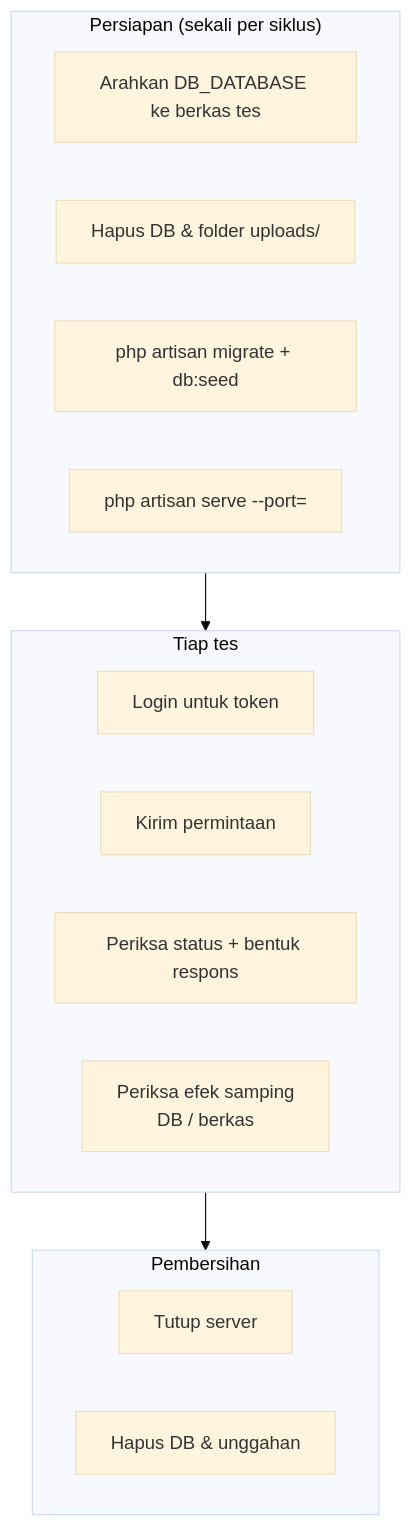
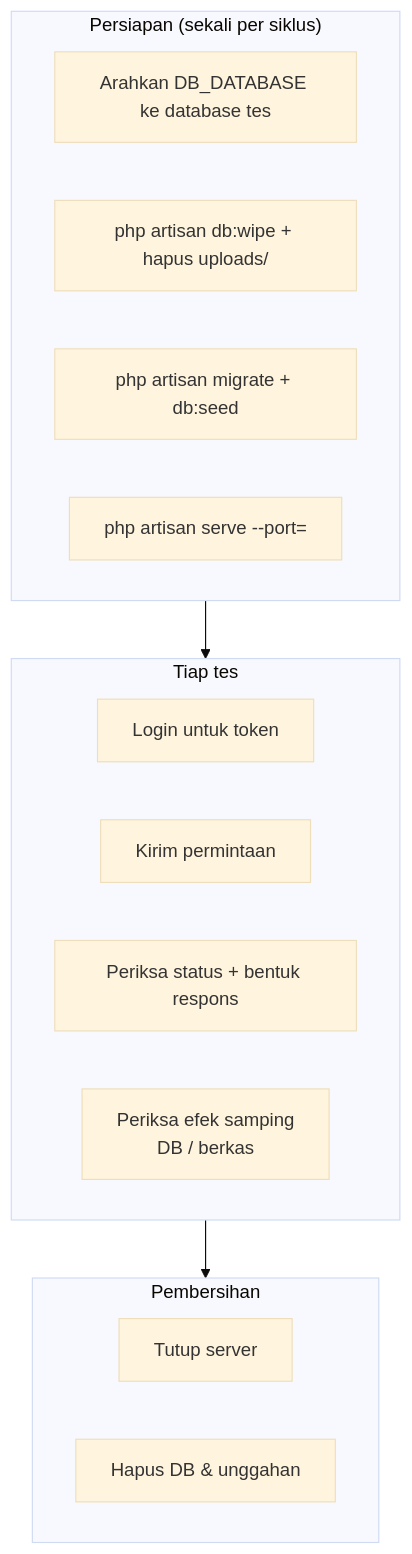
Before and after one commit to faizmarwan2/Project1: the second of 2 diagrams in docs/project-a/17-Test-Automation.md, drawn with Mermaid (base theme). The commit also changed other lines of this file and 20 other files, not shown here.

````diff
--- a/docs/project-a/17-Test-Automation.md
+++ b/docs/project-a/17-Test-Automation.md
@@ -132,23 +132,23 @@
 ```mermaid
 flowchart TD
     subgraph S["Persiapan (sekali per siklus)"]
-        S1["Arahkan DB_DATABASE ke berkas tes"]
-        S2["Hapus DB & folder uploads/"]
+        S1["Arahkan DB_DATABASE ke database tes"]
+        S2["php artisan db:wipe + hapus uploads/"]
         S3["php artisan migrate + db:seed"]
         S4["php artisan serve --port=<bebas>"]
     end
 
     subgraph T["Tiap tes"]
         T1["Login untuk token"]
         T2["Kirim permintaan"]
         T3["Periksa status + bentuk respons"]
         T4["Periksa efek samping<br/>DB / berkas"]
     end
 
     subgraph C["Pembersihan"]
         C1["Tutup server"]
         C2["Hapus DB & unggahan"]
     end
 
     S --> T --> C
 ```
````
